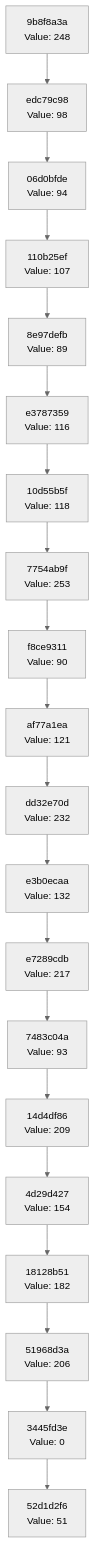
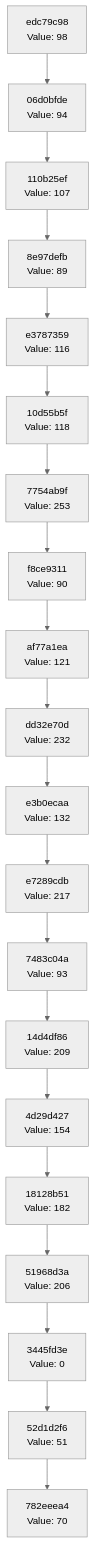
Before and after one commit to Abhisheksinha1506/hash-chain-evolver: the diagram in docs/CHAIN_VISUALIZATION.md, drawn with Mermaid (neutral theme). The commit also changed 3 other files, not shown here.

````diff
--- a/docs/CHAIN_VISUALIZATION.md
+++ b/docs/CHAIN_VISUALIZATION.md
@@ -3,42 +3,42 @@
 ```mermaid
 graph TD
-    C0["52d1d2f6<br/>Value: 51"]
-    C1["3445fd3e<br/>Value: 0"]
+    C0["782eeea4<br/>Value: 70"]
+    C1["52d1d2f6<br/>Value: 51"]
     C1 --> C0
-    C2["51968d3a<br/>Value: 206"]
+    C2["3445fd3e<br/>Value: 0"]
     C2 --> C1
-    C3["18128b51<br/>Value: 182"]
+    C3["51968d3a<br/>Value: 206"]
     C3 --> C2
-    C4["4d29d427<br/>Value: 154"]
+    C4["18128b51<br/>Value: 182"]
     C4 --> C3
-    C5["14d4df86<br/>Value: 209"]
+    C5["4d29d427<br/>Value: 154"]
     C5 --> C4
-    C6["7483c04a<br/>Value: 93"]
+    C6["14d4df86<br/>Value: 209"]
     C6 --> C5
-    C7["e7289cdb<br/>Value: 217"]
+    C7["7483c04a<br/>Value: 93"]
     C7 --> C6
-    C8["e3b0ecaa<br/>Value: 132"]
+    C8["e7289cdb<br/>Value: 217"]
     C8 --> C7
-    C9["dd32e70d<br/>Value: 232"]
+    C9["e3b0ecaa<br/>Value: 132"]
     C9 --> C8
-    C10["af77a1ea<br/>Value: 121"]
+    C10["dd32e70d<br/>Value: 232"]
     C10 --> C9
-    C11["f8ce9311<br/>Value: 90"]
+    C11["af77a1ea<br/>Value: 121"]
     C11 --> C10
-    C12["7754ab9f<br/>Value: 253"]
+    C12["f8ce9311<br/>Value: 90"]
     C12 --> C11
-    C13["10d55b5f<br/>Value: 118"]
+    C13["7754ab9f<br/>Value: 253"]
     C13 --> C12
-    C14["e3787359<br/>Value: 116"]
+    C14["10d55b5f<br/>Value: 118"]
     C14 --> C13
-    C15["8e97defb<br/>Value: 89"]
+    C15["e3787359<br/>Value: 116"]
     C15 --> C14
-    C16["110b25ef<br/>Value: 107"]
+    C16["8e97defb<br/>Value: 89"]
     C16 --> C15
-    C17["06d0bfde<br/>Value: 94"]
+    C17["110b25ef<br/>Value: 107"]
     C17 --> C16
-    C18["edc79c98<br/>Value: 98"]
+    C18["06d0bfde<br/>Value: 94"]
     C18 --> C17
-    C19["9b8f8a3a<br/>Value: 248"]
+    C19["edc79c98<br/>Value: 98"]
     C19 --> C18
 ```
````
